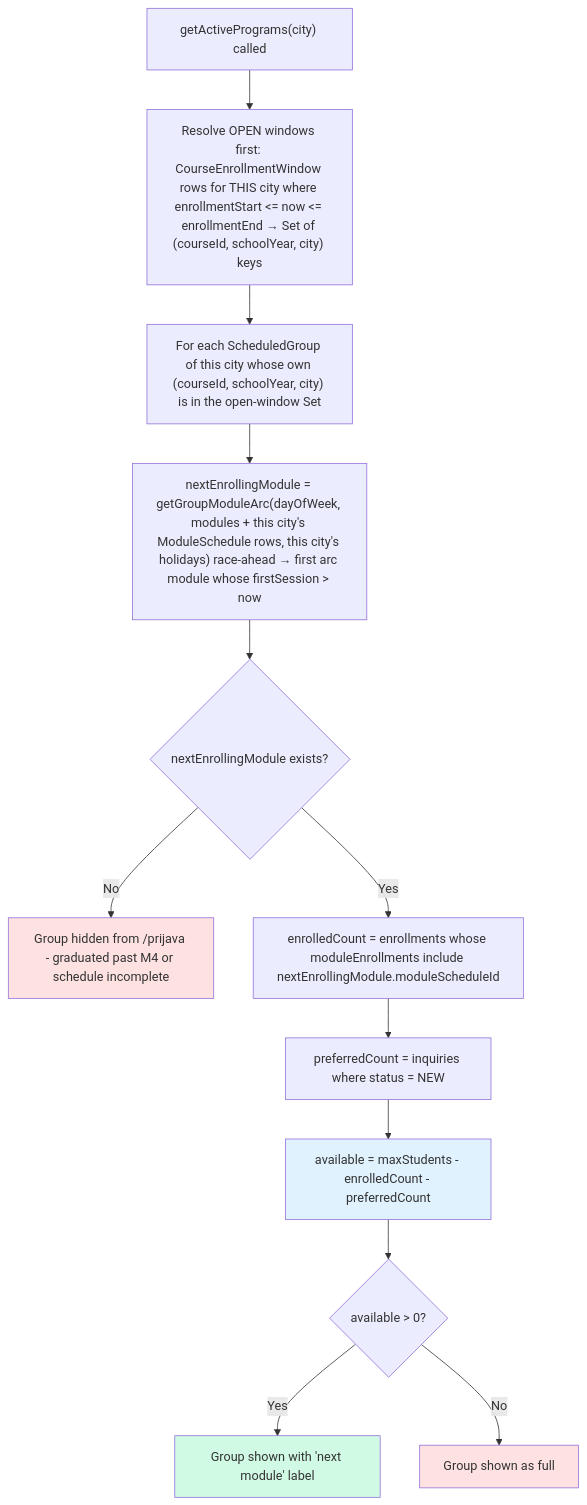
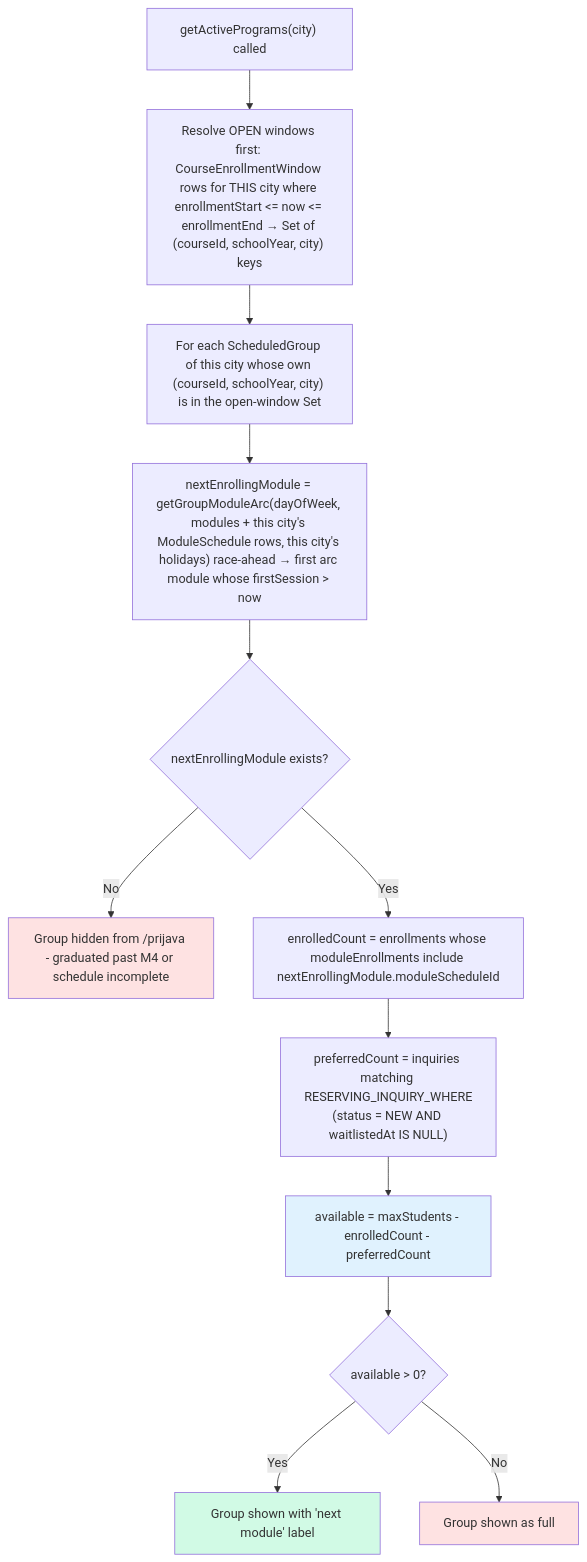
Before and after one commit to jpucic00/inovatic: the second of 17 diagrams in docs/diagrams/enrollment-rules.md, drawn with Mermaid. The commit also changed other lines of this file and 19 other files, not shown here.

````diff
--- a/docs/diagrams/enrollment-rules.md
+++ b/docs/diagrams/enrollment-rules.md
@@ -113,19 +126,19 @@
 ```mermaid
 flowchart TD
     A["getActivePrograms(city) called"] --> A2["Resolve OPEN windows first: CourseEnrollmentWindow rows for THIS city where enrollmentStart &lt;= now &lt;= enrollmentEnd → Set of (courseId, schoolYear, city) keys"]
     A2 --> B["For each ScheduledGroup of this city whose own (courseId, schoolYear, city) is in the open-window Set"]
     B --> C["nextEnrollingModule = getGroupModuleArc(dayOfWeek, modules + this city's ModuleSchedule rows, this city's holidays) race-ahead → first arc module whose firstSession &gt; now"]
     C --> D{nextEnrollingModule exists?}
     D -->|No| HIDE[Group hidden from /prijava - graduated past M4 or schedule incomplete]
     D -->|Yes| E["enrolledCount = enrollments whose moduleEnrollments include nextEnrollingModule.moduleScheduleId"]
-    E --> F[preferredCount = inquiries where status = NEW]
+    E --> F["preferredCount = inquiries matching RESERVING_INQUIRY_WHERE<br/>(status = NEW AND waitlistedAt IS NULL)"]
     F --> G["available = maxStudents - enrolledCount - preferredCount"]
     G --> H{available > 0?}
     H -->|Yes| SHOW[Group shown with 'next module' label]
     H -->|No| FULL[Group shown as full]
 
     style HIDE fill:#fee2e2
     style SHOW fill:#d1fae5
     style FULL fill:#fee2e2
     style G fill:#e0f2fe
 ```
````
